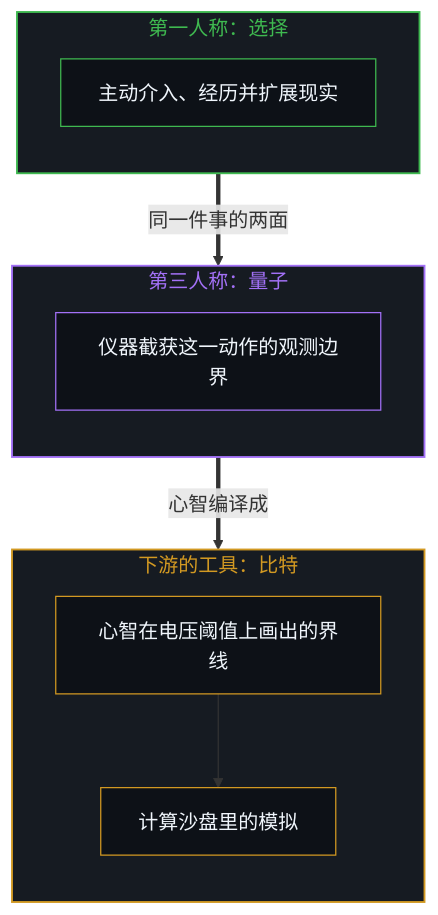
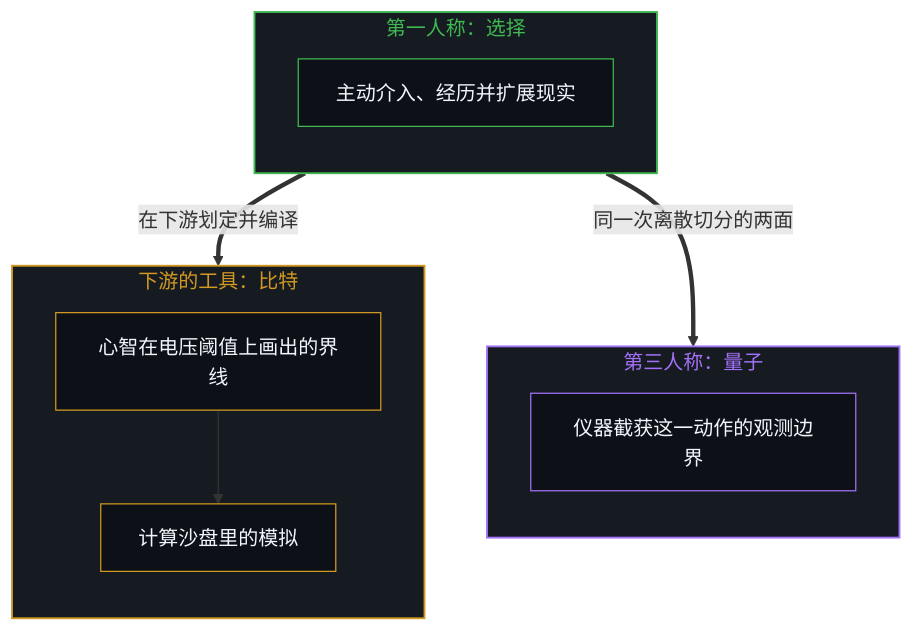
The first of 2 diagrams in content/posts/zi-you-bian-liang-de-tong-gou-yu-xian-yan-zhu-quan.md (powerpig99/not-a-toe), drawn with Mermaid before and after one commit. The commit also changed other lines of this file and 2 other files, not shown here.

````diff
--- a/content/posts/zi-you-bian-liang-de-tong-gou-yu-xian-yan-zhu-quan.md
+++ b/content/posts/zi-you-bian-liang-de-tong-gou-yu-xian-yan-zhu-quan.md
@@ -41,26 +41,26 @@
 ```mermaid
 flowchart TD
     subgraph S_Choice["第一人称：选择"]
         direction TB
         C1["主动介入、经历并扩展现实"]
     end
     subgraph S_Quantum["第三人称：量子"]
         direction TB
         Q1["仪器截获这一动作的观测边界"]
     end
     subgraph S_Bit["下游的工具：比特"]
         direction TB
         B1["心智在电压阈值上画出的界线"]
         B2["计算沙盘里的模拟"]
     end
-    C1 ==>|"同一件事的两面"| Q1
-    Q1 ==>|"心智编译成"| B1
+    C1 ==>|"同一次离散切分的两面"| Q1
+    C1 ==>|"在下游划定并编译"| B1
     B1 --> B2
     style S_Choice fill:#161b22,stroke:#3fb950,stroke-width:1.5px,color:#3fb950
     style S_Quantum fill:#161b22,stroke:#a371f7,stroke-width:1.5px,color:#a371f7
     style S_Bit fill:#161b22,stroke:#d29922,stroke-width:1.5px,color:#d29922
     style C1 fill:#0d1117,stroke:#3fb950,stroke-width:1px,color:#f0f6fc
     style Q1 fill:#0d1117,stroke:#a371f7,stroke-width:1px,color:#f0f6fc
     style B1 fill:#0d1117,stroke:#d29922,stroke-width:1px,color:#f0f6fc
     style B2 fill:#0d1117,stroke:#d29922,stroke-width:1px,color:#f0f6fc
 ```
````
